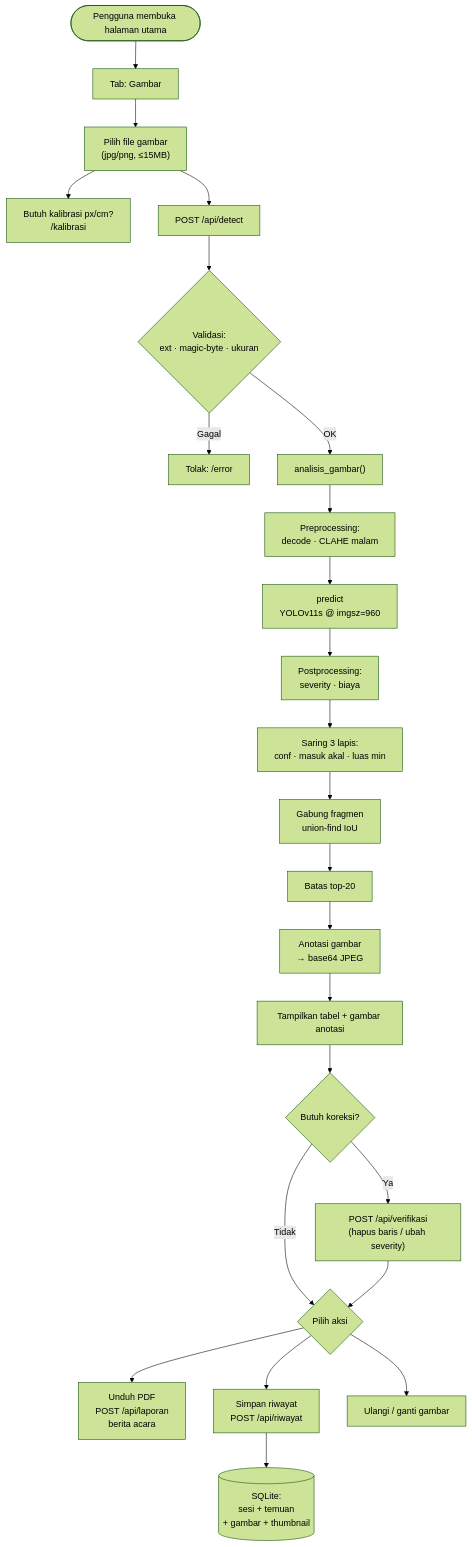
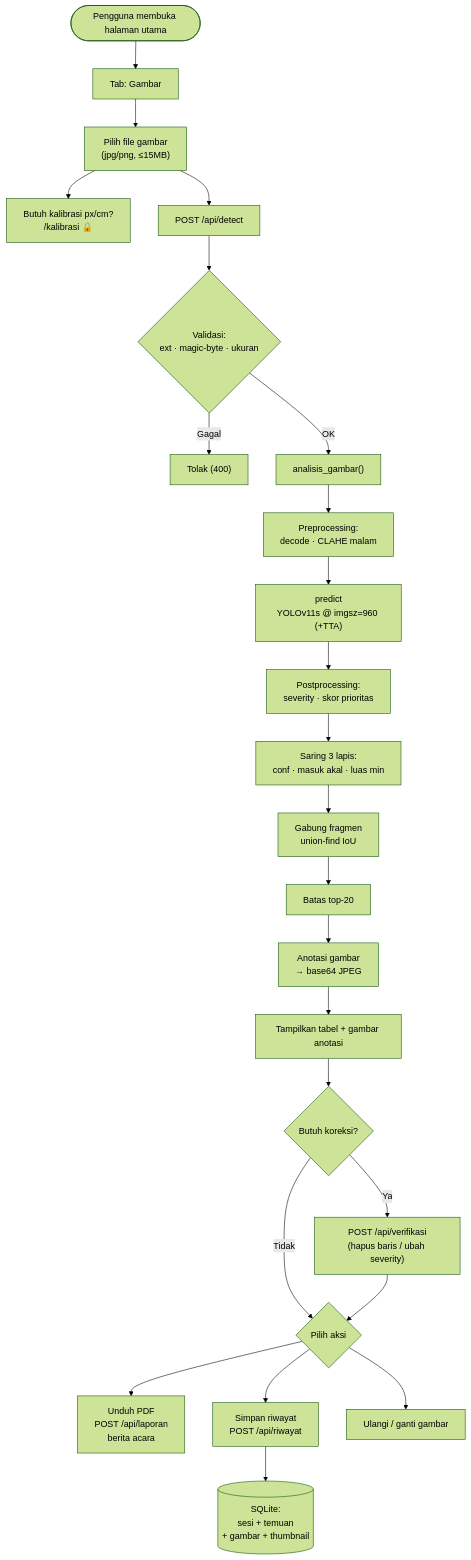
The second of 6 diagrams in docs/User-Flow.md (rachmatx/jalan-pantau), drawn with Mermaid (forest theme) before and after one commit. The commit also changed other lines of this file and 12 other files, not shown here.

````diff
--- a/docs/User-Flow.md
+++ b/docs/User-Flow.md
@@ -133,33 +121,33 @@
 ```mermaid
 flowchart TD
     U(["Pengguna membuka halaman utama"]) --> TAB["Tab: Gambar"]
     TAB --> PILIH["Pilih file gambar<br/>(jpg/png, ≤15MB)"]
-    PILIH --> KALIB["Butuh kalibrasi px/cm?<br/>/kalibrasi"]
+    PILIH --> KALIB["Butuh kalibrasi px/cm?<br/>/kalibrasi 🔒"]
 
     PILIH --> POST["POST /api/detect"]
     POST --> VAL{"Validasi:<br/>ext · magic-byte · ukuran"}
-    VAL -->|Gagal| ERR1["Tolak: /error"]
+    VAL -->|Gagal| ERR1["Tolak (400)"]
     VAL -->|OK| ANALISIS["analisis_gambar()"]
 
     ANALISIS --> PRE["Preprocessing:<br/>decode · CLAHE malam"]
-    PRE --> INFER["predict<br/>YOLOv11s @ imgsz=960"]
-    INFER --> POST1["Postprocessing:<br/>severity · biaya"]
+    PRE --> INFER["predict<br/>YOLOv11s @ imgsz=960 (+TTA)"]
+    INFER --> POST1["Postprocessing:<br/>severity · skor prioritas"]
     POST1 --> SARING["Saring 3 lapis:<br/>conf · masuk akal · luas min"]
     SARING --> GABUNG["Gabung fragmen<br/>union-find IoU"]
     GABUNG --> TOPK["Batas top-20"]
     TOPK --> ANOT["Anotasi gambar<br/>→ base64 JPEG"]
 
     ANOT --> TAMPIL["Tampilkan tabel + gambar anotasi"]
 
     TAMPIL --> VERIF{"Butuh koreksi?"}
     VERIF -->|Ya| VERIFIKASI["POST /api/verifikasi<br/>(hapus baris / ubah severity)"]
     VERIF -->|Tidak| LANJUT
 
     VERIFIKASI --> LANJUT{"Pilih aksi"}
 
     LANJUT --> PDF["Unduh PDF<br/>POST /api/laporan<br/>berita acara"]
     LANJUT --> SIMPAN["Simpan riwayat<br/>POST /api/riwayat"]
     LANJUT --> KEMBALI["Ulangi / ganti gambar"]
 
     SIMPAN --> DB[("SQLite:<br/>sesi + temuan<br/>+ gambar + thumbnail")]
 ```
````
